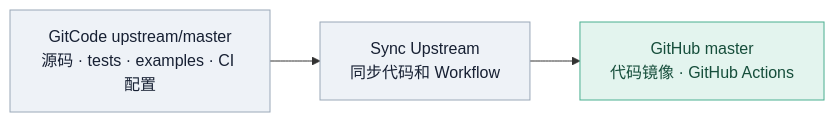
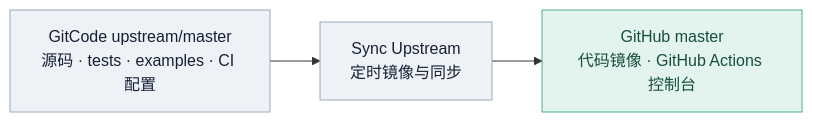
The first of 2 diagrams in README.md (depeng1994/lite-actions), drawn with Mermaid before and after one commit. The commit also changed other lines of this file and 2 other files, not shown here.

````diff
--- a/README.md
+++ b/README.md
@@ -18,11 +21,11 @@
 ```mermaid
 flowchart LR
     U["GitCode upstream/master<br/>源码 · tests · examples · CI 配置"]
-    S["Sync Upstream<br/>同步代码和 Workflow"]
-    M["GitHub master<br/>代码镜像 · GitHub Actions"]
+    S["Sync Upstream<br/>定时镜像与同步"]
+    M["GitHub master<br/>代码镜像 · GitHub Actions 控制台"]
     U --> S --> M
     classDef base fill:#eef2f7,stroke:#9aa8b8,color:#172033;
     classDef target fill:#e3f4ee,stroke:#4aaf90,color:#164e3b;
     class U,S base;
     class M target;
 ```
````
